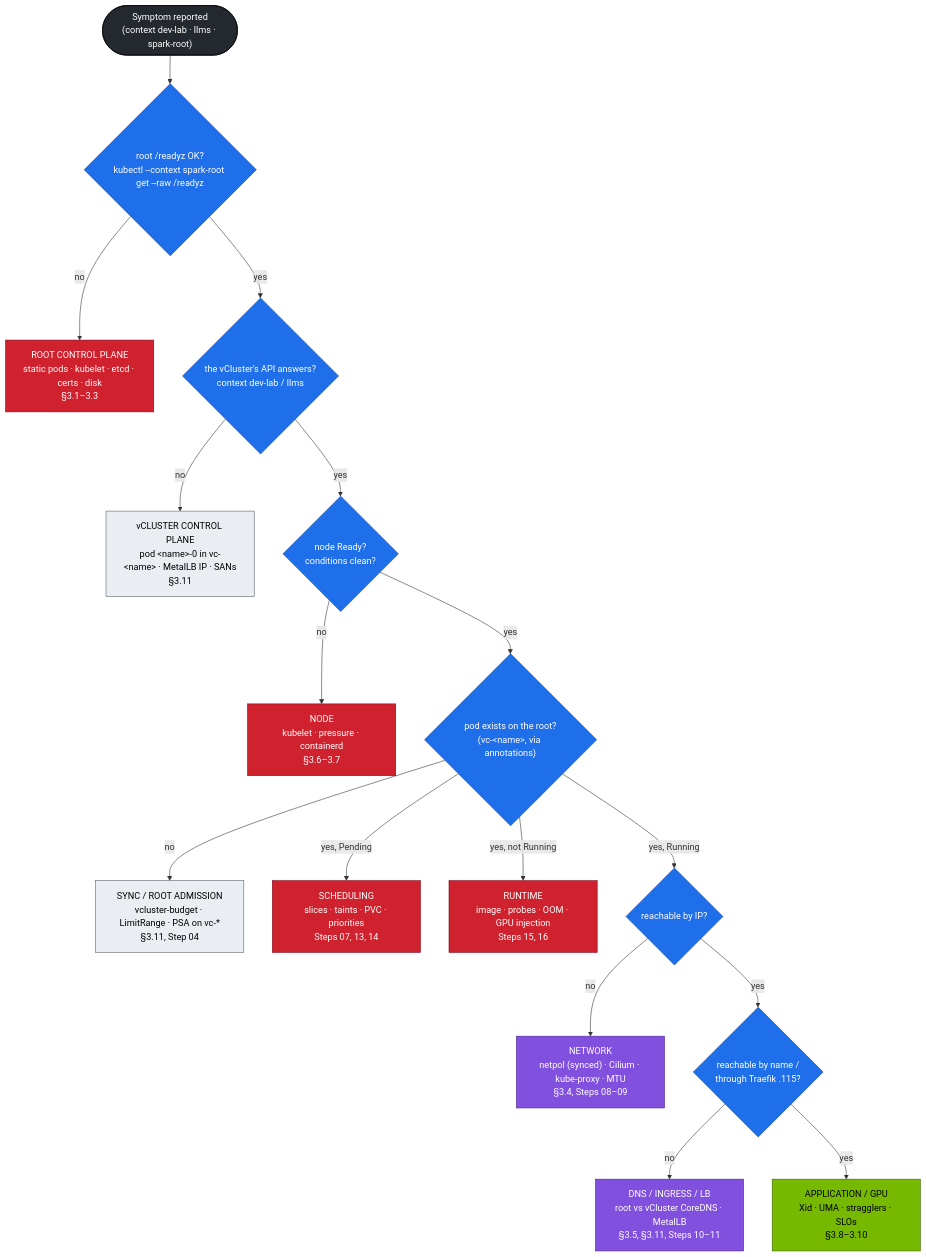
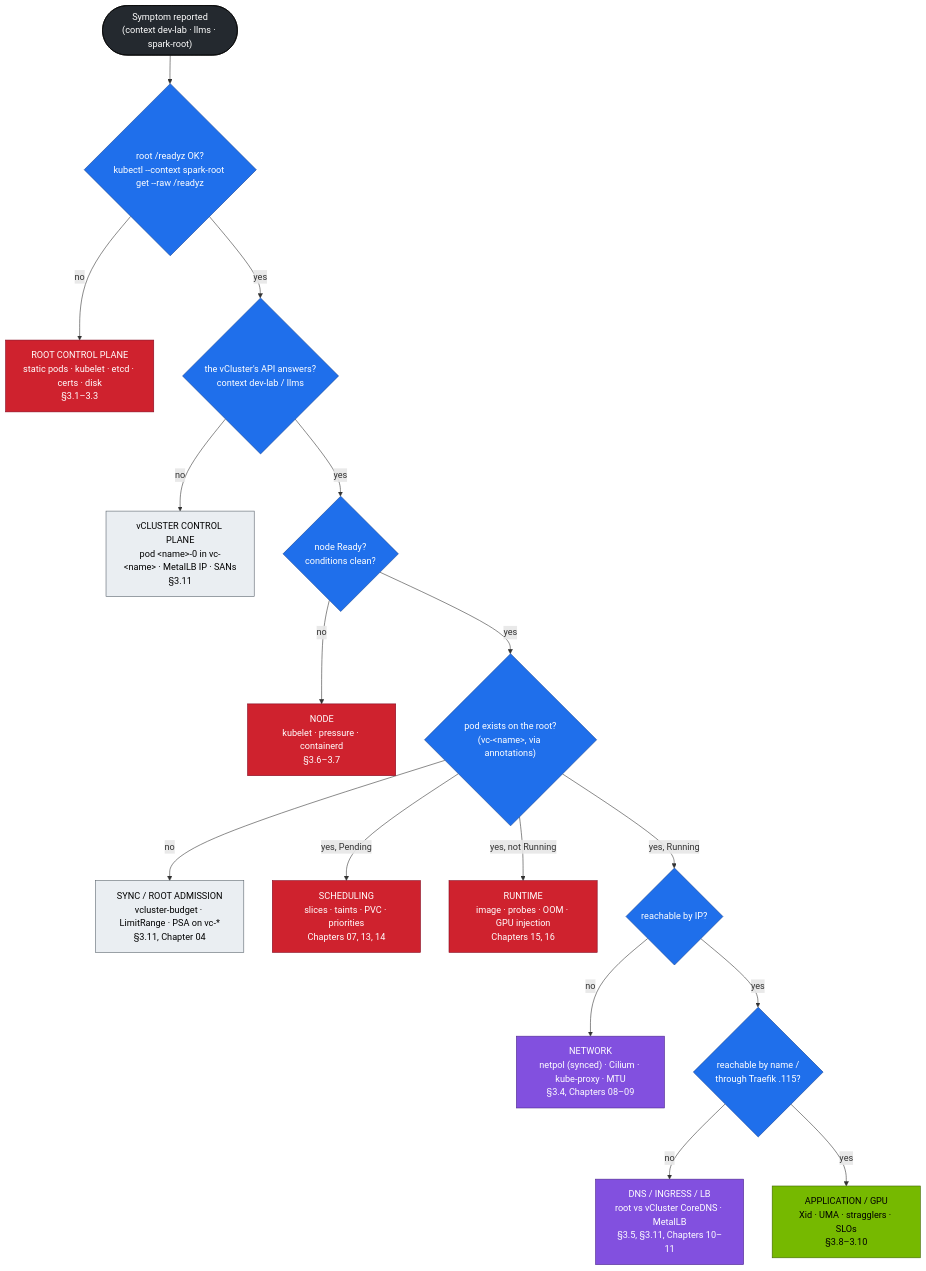
The diagram in 02-Kubernetes/26-cluster-diagnostics-and-failure-scenarios.md (cloudone365/technical-depth), drawn with Mermaid before and after one commit. The commit also changed other lines of this file and 242 other files, not shown here.

````diff
--- a/02-Kubernetes/26-cluster-diagnostics-and-failure-scenarios.md
+++ b/02-Kubernetes/26-cluster-diagnostics-and-failure-scenarios.md
@@ -20,30 +20,30 @@
 ```mermaid
 flowchart TD
   S(["Symptom reported<br/>(context dev-lab · llms · spark-root)"]) --> Q0{"root /readyz OK?<br/>kubectl --context spark-root get --raw /readyz"}
   Q0 -- no --> CP["ROOT CONTROL PLANE<br/>static pods · kubelet · etcd · certs · disk<br/>§3.1–3.3"]
   Q0 -- yes --> Qv{"the vCluster's API answers?<br/>context dev-lab / llms"}
   Qv -- no --> VC["vCLUSTER CONTROL PLANE<br/>pod &lt;name&gt;-0 in vc-&lt;name&gt; · MetalLB IP · SANs<br/>§3.11"]
   Qv -- yes --> Q2{"node Ready?<br/>conditions clean?"}
   Q2 -- no --> ND["NODE<br/>kubelet · pressure · containerd<br/>§3.6–3.7"]
   Q2 -- yes --> Q3{"pod exists on the root?<br/>(vc-&lt;name&gt;, via annotations)"}
-  Q3 -- "no" --> SY["SYNC / ROOT ADMISSION<br/>vcluster-budget · LimitRange · PSA on vc-*<br/>§3.11, Step 04"]
-  Q3 -- "yes, Pending" --> SC["SCHEDULING<br/>slices · taints · PVC · priorities<br/>Steps 07, 13, 14"]
-  Q3 -- "yes, not Running" --> RT["RUNTIME<br/>image · probes · OOM · GPU injection<br/>Steps 15, 16"]
+  Q3 -- "no" --> SY["SYNC / ROOT ADMISSION<br/>vcluster-budget · LimitRange · PSA on vc-*<br/>§3.11, Chapter 04"]
+  Q3 -- "yes, Pending" --> SC["SCHEDULING<br/>slices · taints · PVC · priorities<br/>Chapters 07, 13, 14"]
+  Q3 -- "yes, not Running" --> RT["RUNTIME<br/>image · probes · OOM · GPU injection<br/>Chapters 15, 16"]
   Q3 -- "yes, Running" --> Q5{"reachable by IP?"}
-  Q5 -- no --> NET["NETWORK<br/>netpol (synced) · Cilium · kube-proxy · MTU<br/>§3.4, Steps 08–09"]
+  Q5 -- no --> NET["NETWORK<br/>netpol (synced) · Cilium · kube-proxy · MTU<br/>§3.4, Chapters 08–09"]
   Q5 -- yes --> Q6{"reachable by name /<br/>through Traefik .115?"}
-  Q6 -- no --> DNS["DNS / INGRESS / LB<br/>root vs vCluster CoreDNS · MetalLB<br/>§3.5, §3.11, Steps 10–11"]
+  Q6 -- no --> DNS["DNS / INGRESS / LB<br/>root vs vCluster CoreDNS · MetalLB<br/>§3.5, §3.11, Chapters 10–11"]
   Q6 -- yes --> APP["APPLICATION / GPU<br/>Xid · UMA · stragglers · SLOs<br/>§3.8–3.10"]
   classDef ctrl fill:#1f6feb,stroke:#0b3d91,color:#fff
   classDef sec fill:#cf222e,stroke:#82071e,color:#fff
   classDef gpu fill:#76b900,stroke:#3d6000,color:#000
   classDef net fill:#8250df,stroke:#4c2889,color:#fff
   classDef tenant fill:#eaeef2,stroke:#57606a,color:#000
   classDef ext fill:#24292f,stroke:#000,color:#fff
   class S ext
   class Q0,Qv,Q2,Q3,Q5,Q6 ctrl
   class CP,ND,SC,RT sec
   class VC,SY tenant
   class NET,DNS net
   class APP gpu
 ```
````
